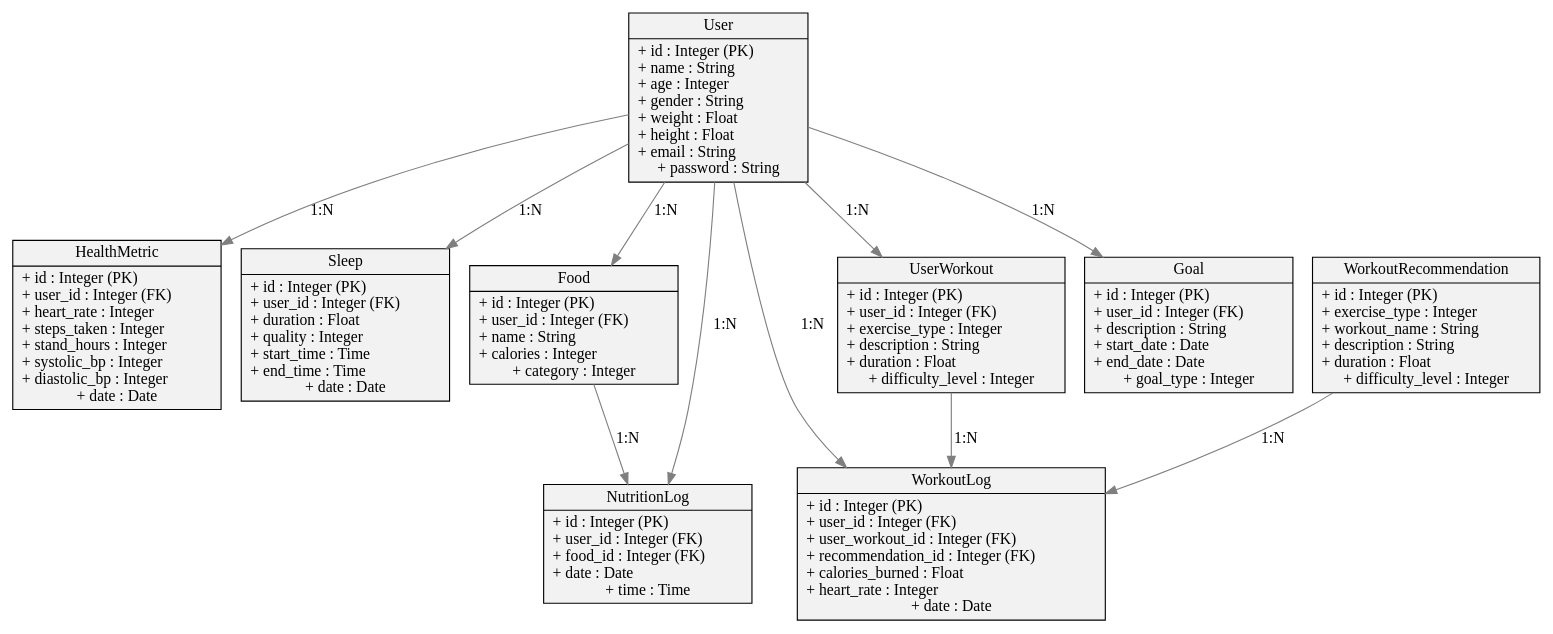
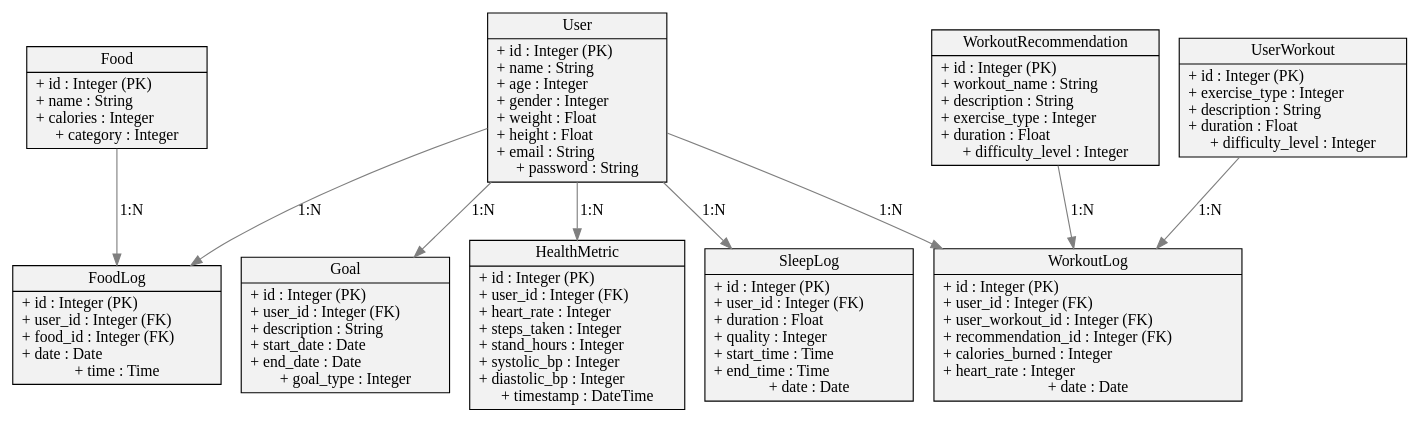
One commit to lgreenlaw2022/Database-Assingment changed the diagram in schema.dot. Above: the diagram before and after it, drawn with Graphviz. The commit also changed 7 other files, not shown here.

Commit message:
draft tests and schema cleanup

```diff
--- a/schema.dot
+++ b/schema.dot
@@ -1,26 +1,24 @@
 digraph G {
     rankdir=TB;
     node [shape=record, style=filled, fillcolor=gray95]
     edge [color=gray50, fontcolor=black]
 
-    User [label="{User|+ id : Integer (PK)\l+ name : String\l+ age : Integer\l+ gender : String\l+ weight : Float\l+ height : Float\l+ email : String\l+ password : String}"]
-    HealthMetric [label="{HealthMetric|+ id : Integer (PK)\l+ user_id : Integer (FK)\l+ heart_rate : Integer\l+ steps_taken : Integer\l+ stand_hours : Integer\l+ systolic_bp : Integer\l+ diastolic_bp : Integer\l+ date : Date}"]
-    Sleep [label="{Sleep|+ id : Integer (PK)\l+ user_id : Integer (FK)\l+ duration : Float\l+ quality : Integer\l+ start_time : Time\l+ end_time : Time\l+ date : Date}"]
-    Food [label="{Food|+ id : Integer (PK)\l+ user_id : Integer (FK)\l+ name : String\l+ calories : Integer\l+ category : Integer}"]
-    NutritionLog [label="{NutritionLog|+ id : Integer (PK)\l+ user_id : Integer (FK)\l+ food_id : Integer (FK)\l+ date : Date\l+ time : Time}"]
-    WorkoutLog [label="{WorkoutLog|+ id : Integer (PK)\l+ user_id : Integer (FK)\l+ user_workout_id : Integer (FK)\l+ recommendation_id : Integer (FK)\l+ calories_burned : Float\l+ heart_rate : Integer\l+ date : Date}"]
-    UserWorkout [label="{UserWorkout|+ id : Integer (PK)\l+ user_id : Integer (FK)\l+ exercise_type : Integer\l+ description : String\l+ duration : Float\l+ difficulty_level : Integer}"]
-    WorkoutRecommendation [label="{WorkoutRecommendation|+ id : Integer (PK)\l+ exercise_type : Integer\l+ workout_name : String\l+ description : String\l+ duration : Float\l+ difficulty_level : Integer}"]
+    User [label="{User|+ id : Integer (PK)\l+ name : String\l+ age : Integer\l+ gender : Integer\l+ weight : Float\l+ height : Float\l+ email : String\l+ password : String}"]
+    HealthMetric [label="{HealthMetric|+ id : Integer (PK)\l+ user_id : Integer (FK)\l+ heart_rate : Integer\l+ steps_taken : Integer\l+ stand_hours : Integer\l+ systolic_bp : Integer\l+ diastolic_bp : Integer\l+ timestamp : DateTime}"]
+    SleepLog [label="{SleepLog|+ id : Integer (PK)\l+ user_id : Integer (FK)\l+ duration : Float\l+ quality : Integer\l+ start_time : Time\l+ end_time : Time\l+ date : Date}"]
+    Food [label="{Food|+ id : Integer (PK)\l+ name : String\l+ calories : Integer\l+ category : Integer}"]
+    FoodLog [label="{FoodLog|+ id : Integer (PK)\l+ user_id : Integer (FK)\l+ food_id : Integer (FK)\l+ date : Date\l+ time : Time}"]
+    WorkoutLog [label="{WorkoutLog|+ id : Integer (PK)\l+ user_id : Integer (FK)\l+ user_workout_id : Integer (FK)\l+ recommendation_id : Integer (FK)\l+ calories_burned : Integer\l+ heart_rate : Integer\l+ date : Date}"]
+    UserWorkout [label="{UserWorkout|+ id : Integer (PK)\l+ exercise_type : Integer\l+ description : String\l+ duration : Float\l+ difficulty_level : Integer}"]
+    WorkoutRecommendation [label="{WorkoutRecommendation|+ id : Integer (PK)\l+ workout_name : String\l+ description : String\l+ exercise_type : Integer\l+ duration : Float\l+ difficulty_level : Integer}"]
     Goal [label="{Goal|+ id : Integer (PK)\l+ user_id : Integer (FK)\l+ description : String\l+ start_date : Date\l+ end_date : Date\l+ goal_type : Integer}"]
 
     User -> HealthMetric [label="1:N"]
-    User -> Sleep [label="1:N"]
-    User -> NutritionLog [label="1:N"]
+    User -> SleepLog [label="1:N"]
+    User -> FoodLog [label="1:N"]
     User -> WorkoutLog [label="1:N"]
     User -> Goal [label="1:N"]
-    User -> UserWorkout [label="1:N"]
-    User -> Food [label="1:N"]
-    Food -> NutritionLog [label="1:N"]
+    Food -> FoodLog [label="1:N"]
     UserWorkout -> WorkoutLog [label="1:N"]
     WorkoutRecommendation -> WorkoutLog [label="1:N"]
 }
```
